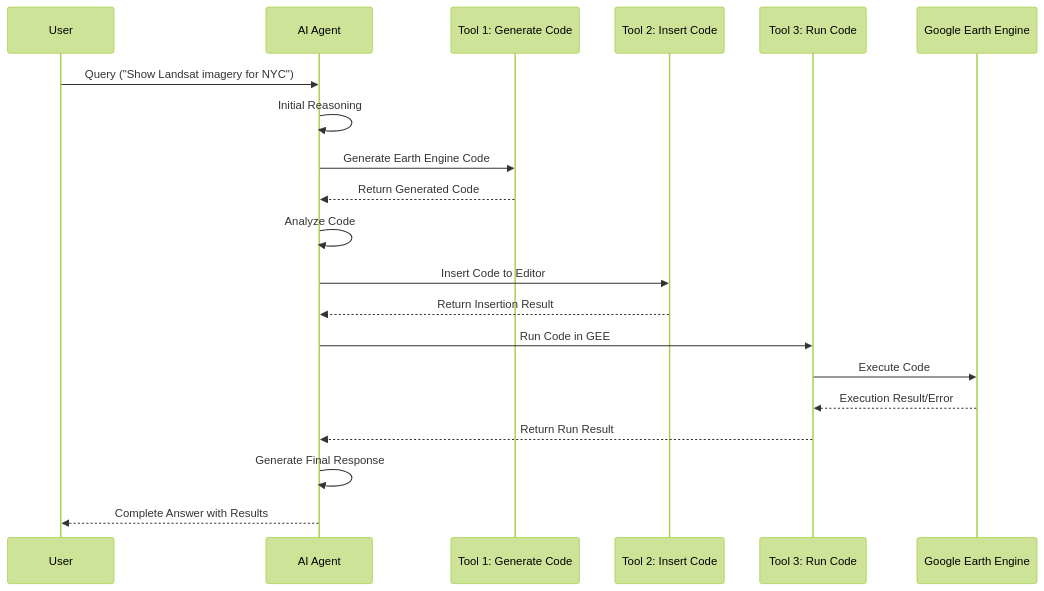
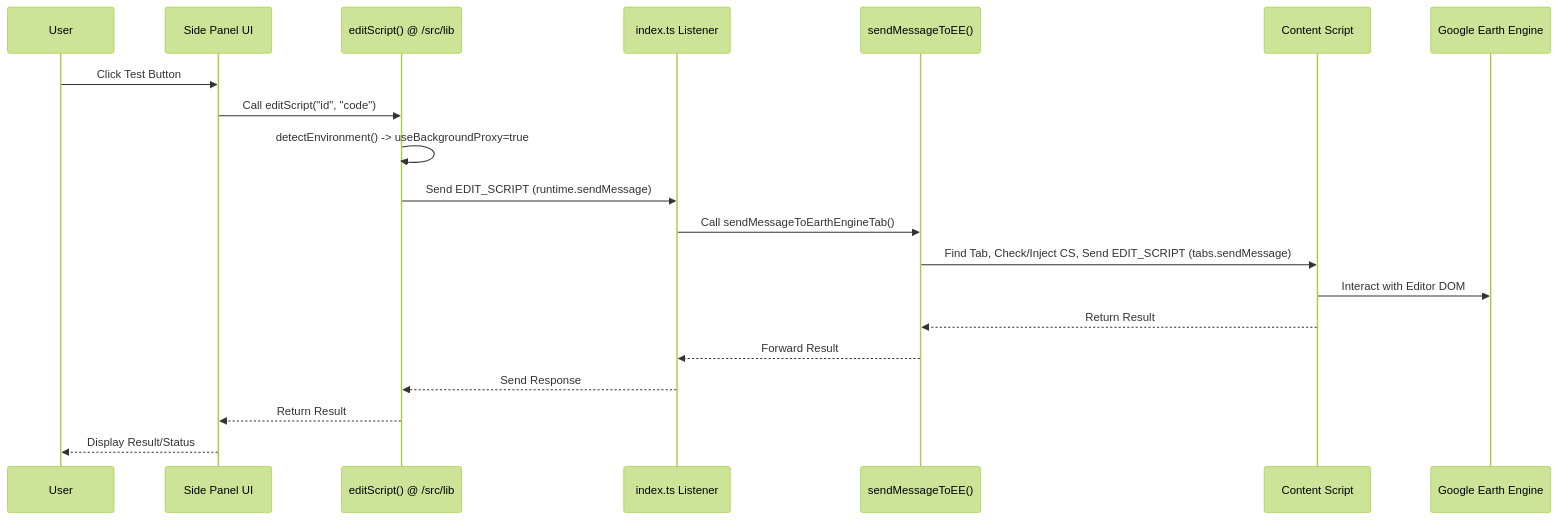
The third of 18 diagrams in memory-bank/systemPatterns.md (wybert/earth-agent-chrome-ext), drawn with Mermaid (forest theme) before and after one commit. The commit also changed other lines of this file and 3 other files, not shown here.

````diff
--- a/memory-bank/systemPatterns.md
+++ b/memory-bank/systemPatterns.md
@@ -133,23 +78,23 @@
 ```mermaid
 sequenceDiagram
     participant User
-    participant AI as AI Agent
-    participant T1 as Tool 1: Generate Code
-    participant T2 as Tool 2: Insert Code
-    participant T3 as Tool 3: Run Code
+    participant UI as Side Panel UI
+    participant LibFunc as editScript() @ /src/lib
+    participant BG_Listener as index.ts Listener
+    participant BG_Helper as sendMessageToEE()
+    participant CS as Content Script
     participant GEE as Google Earth Engine
-    
-    User->>AI: Query ("Show Landsat imagery for NYC")
-    AI->>AI: Initial Reasoning
-    AI->>T1: Generate Earth Engine Code
-    T1-->>AI: Return Generated Code
-    AI->>AI: Analyze Code
-    AI->>T2: Insert Code to Editor
-    T2-->>AI: Return Insertion Result
-    AI->>T3: Run Code in GEE
-    T3->>GEE: Execute Code
-    GEE-->>T3: Execution Result/Error
-    T3-->>AI: Return Run Result
-    AI->>AI: Generate Final Response
-    AI-->>User: Complete Answer with Results
+
+    User->>UI: Click Test Button
+    UI->>LibFunc: Call editScript("id", "code")
+    LibFunc->>LibFunc: detectEnvironment() -> useBackgroundProxy=true
+    LibFunc->>BG_Listener: Send EDIT_SCRIPT (runtime.sendMessage)
+    BG_Listener->>BG_Helper: Call sendMessageToEarthEngineTab()
+    BG_Helper->>CS: Find Tab, Check/Inject CS, Send EDIT_SCRIPT (tabs.sendMessage)
+    CS->>GEE: Interact with Editor DOM
+    CS-->>BG_Helper: Return Result
+    BG_Helper-->>BG_Listener: Forward Result
+    BG_Listener-->>LibFunc: Send Response
+    LibFunc-->>UI: Return Result
+    UI-->>User: Display Result/Status
 ```
````
